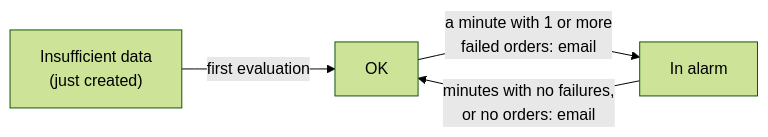
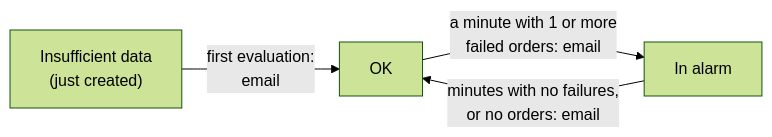
Before and after one commit to AutomateTheCloud/atc-study-aws_certified_cloud_practitioner: the second of 2 diagrams in guide/08-building-and-operating/06-lab-11-alarm-on-errors.md, drawn with Mermaid (forest theme). The commit also changed other lines of this file and 21 other files, not shown here.

````diff
--- a/guide/08-building-and-operating/06-lab-11-alarm-on-errors.md
+++ b/guide/08-building-and-operating/06-lab-11-alarm-on-errors.md
@@ -156,8 +158,8 @@
 ```mermaid
 flowchart LR
   accTitle: The three states of the order alarm
-  accDescr: A new alarm starts in Insufficient data and moves to OK once it evaluates. From OK, a minute with one or more failed orders moves it to In alarm and sends an email. From In alarm, minutes with no failures, or with no orders at all because missing data counts as good, move it back to OK and send a second email.
-  N["Insufficient data<br/>(just created)"] -->|"first evaluation"| O["OK"]
+  accDescr: A new alarm starts in Insufficient data and moves to OK once it evaluates, which sends an email because the alarm notifies on OK. From OK, a minute with one or more failed orders moves it to In alarm and sends an email. From In alarm, minutes with no failures, or with no orders at all because missing data counts as good, move it back to OK and send a second email.
+  N["Insufficient data<br/>(just created)"] -->|"first evaluation:<br/>email"| O["OK"]
   O -->|"a minute with 1 or more<br/>failed orders: email"| A["In alarm"]
   A -->|"minutes with no failures,<br/>or no orders: email"| O
 ```
````
